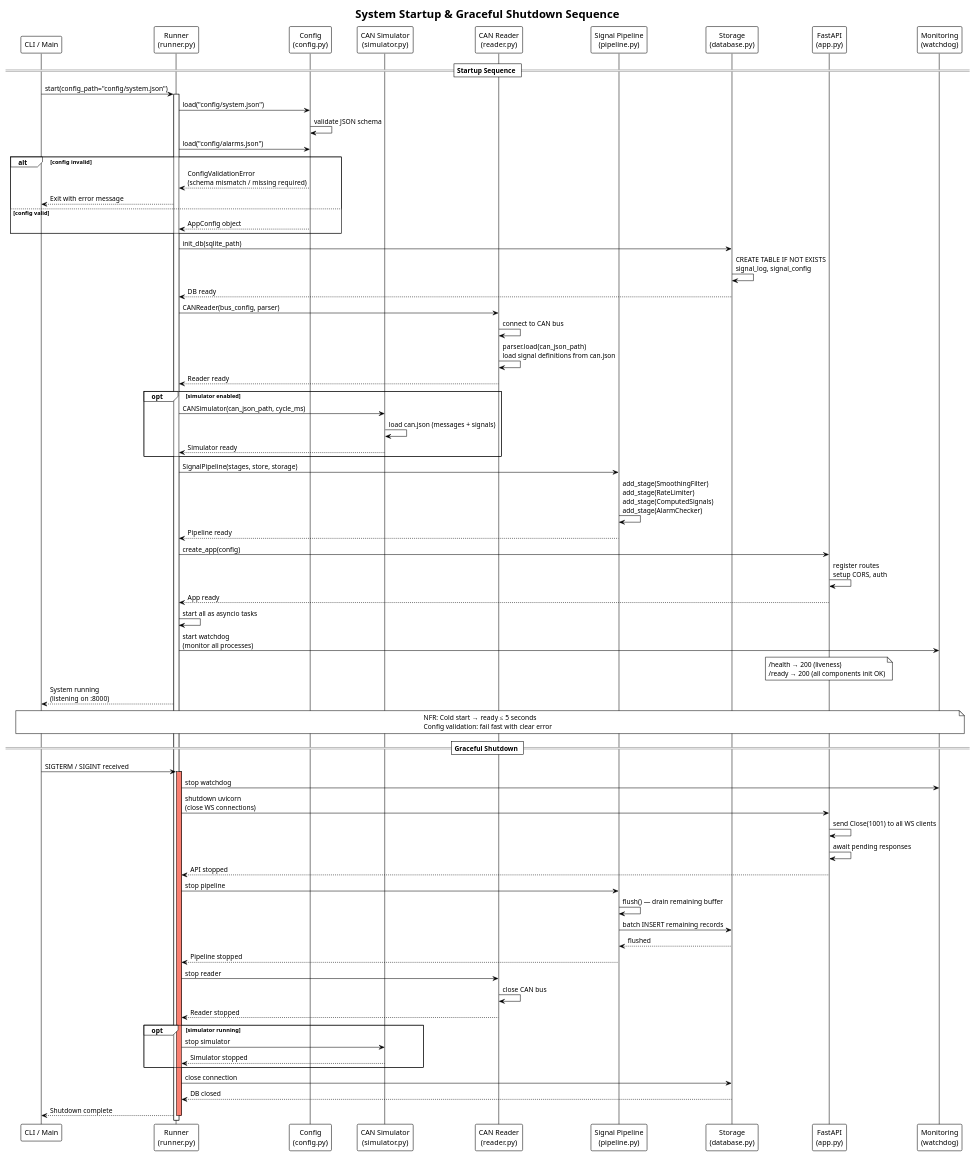
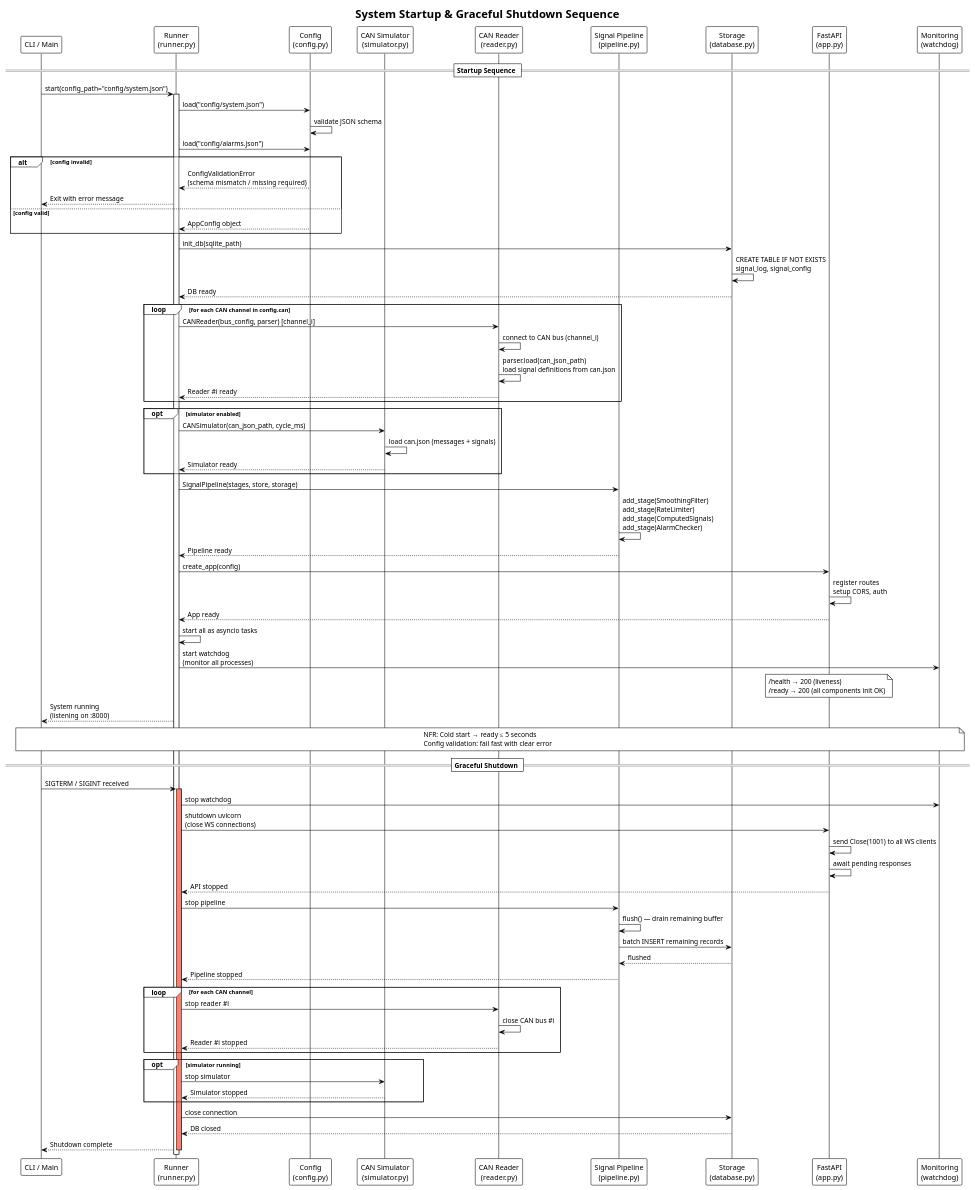
The diagram in diagram/13_sequence_startup_shutdown.puml (3tdn/car-hmi), drawn with PlantUML before and after one commit. The commit also changed 22 other files, not shown here.

```diff
--- a/diagram/13_sequence_startup_shutdown.puml
+++ b/diagram/13_sequence_startup_shutdown.puml
@@ -1,96 +1,100 @@
 @startuml Sequence - System Startup
 !theme plain
 title System Startup & Graceful Shutdown Sequence
 
 participant "CLI / Main" as cli
 participant "Runner\n(runner.py)" as runner
 participant "Config\n(config.py)" as config
 participant "CAN Simulator\n(simulator.py)" as sim
 participant "CAN Reader\n(reader.py)" as reader
 participant "Signal Pipeline\n(pipeline.py)" as pipe
 participant "Storage\n(database.py)" as db
 participant "FastAPI\n(app.py)" as api
 participant "Monitoring\n(watchdog)" as mon
 
 == Startup Sequence ==
 
 cli -> runner : start(config_path="config/system.json")
 activate runner
 
 runner -> config : load("config/system.json")
 config -> config : validate JSON schema
 runner -> config : load("config/alarms.json")
 alt config invalid
     config --> runner : ConfigValidationError\n(schema mismatch / missing required)
     runner --> cli : Exit with error message
 else config valid
     config --> runner : AppConfig object
 end
 
 runner -> db : init_db(sqlite_path)
 db -> db : CREATE TABLE IF NOT EXISTS\nsignal_log, signal_config
 db --> runner : DB ready
 
-runner -> reader : CANReader(bus_config, parser)
-reader -> reader : connect to CAN bus
-reader -> reader : parser.load(can_json_path)\nload signal definitions from can.json
-reader --> runner : Reader ready
+loop for each CAN channel in config.can
+    runner -> reader : CANReader(bus_config, parser) [channel_i]
+    reader -> reader : connect to CAN bus (channel_i)
+    reader -> reader : parser.load(can_json_path)\nload signal definitions from can.json
+    reader --> runner : Reader #i ready
+end
 
 opt simulator enabled
     runner -> sim : CANSimulator(can_json_path, cycle_ms)
     sim -> sim : load can.json (messages + signals)
     sim --> runner : Simulator ready
 end
 
 runner -> pipe : SignalPipeline(stages, store, storage)
 pipe -> pipe : add_stage(SmoothingFilter)\nadd_stage(RateLimiter)\nadd_stage(ComputedSignals)\nadd_stage(AlarmChecker)
 pipe --> runner : Pipeline ready
 
 runner -> api : create_app(config)
 api -> api : register routes\nsetup CORS, auth
 api --> runner : App ready
 
 runner -> runner : start all as asyncio tasks
 runner -> mon : start watchdog\n(monitor all processes)
 
 note over api : /health → 200 (liveness)\n/ready → 200 (all components init OK)
 runner --> cli : System running\n(listening on :8000)
 
 note over cli, mon
   NFR: Cold start → ready ≤ 5 seconds
   Config validation: fail fast with clear error
 end note
 
 == Graceful Shutdown ==
 
 cli -> runner : SIGTERM / SIGINT received
 activate runner #salmon
 
 runner -> mon : stop watchdog
 runner -> api : shutdown uvicorn\n(close WS connections)
 api -> api : send Close(1001) to all WS clients
 api -> api : await pending responses
 api --> runner : API stopped
 
 runner -> pipe : stop pipeline
 pipe -> pipe : flush() — drain remaining buffer
 pipe -> db : batch INSERT remaining records
 db --> pipe : flushed
 pipe --> runner : Pipeline stopped
 
-runner -> reader : stop reader
-reader -> reader : close CAN bus
-reader --> runner : Reader stopped
+loop for each CAN channel
+    runner -> reader : stop reader #i
+    reader -> reader : close CAN bus #i
+    reader --> runner : Reader #i stopped
+end
 
 opt simulator running
     runner -> sim : stop simulator
     sim --> runner : Simulator stopped
 end
 
 runner -> db : close connection
 db --> runner : DB closed
 
 runner --> cli : Shutdown complete
 deactivate runner
 
 @enduml
```
